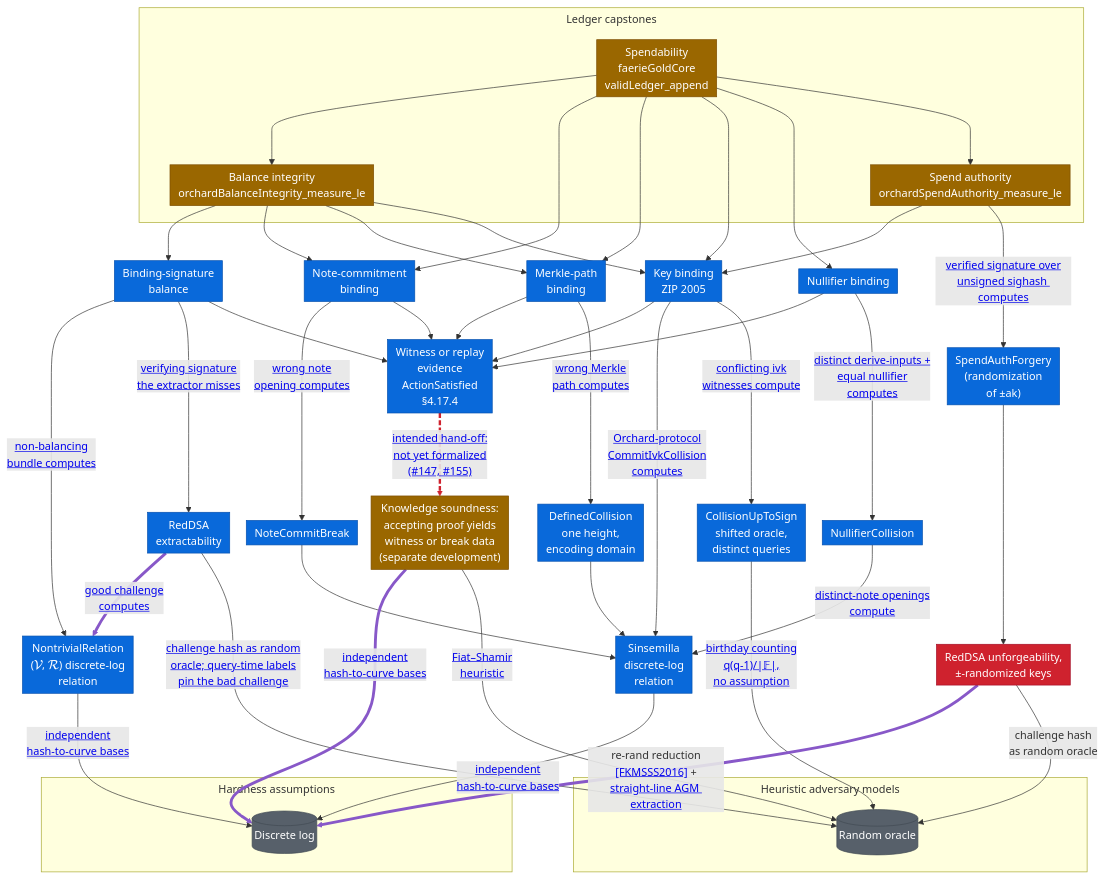
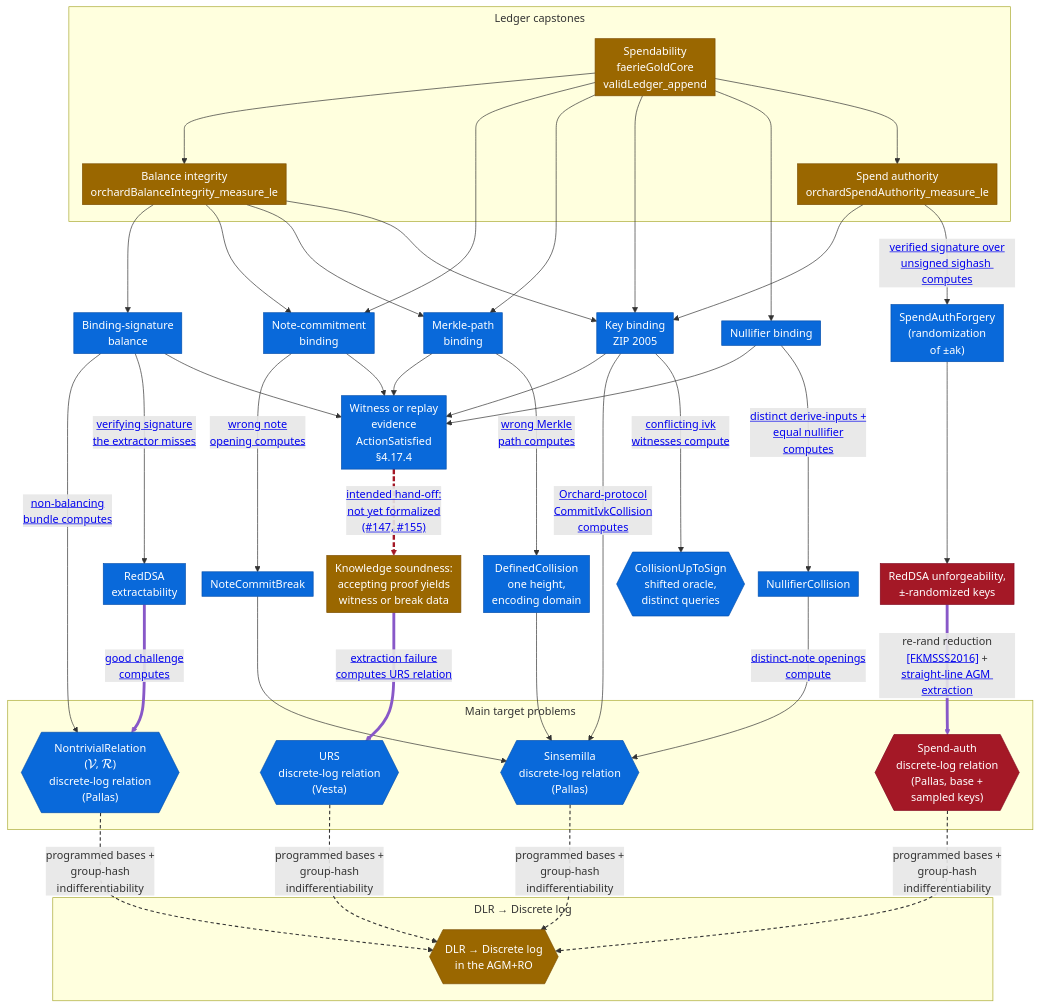
One commit to daira/ironwood changed the diagram in book/src/formal-verification/ledger-security-games.md. Above: the diagram before and after it, drawn with Mermaid. The commit also changed other lines of this file and 1 other file, not shown here.

````diff
--- a/book/src/formal-verification/ledger-security-games.md
+++ b/book/src/formal-verification/ledger-security-games.md
@@ -17,5 +17,5 @@
 ```mermaid
-%%{init: {"flowchart": {"nodeSpacing": 20, "rankSpacing": 50, "padding": 6, "diagramPadding": 4, "subGraphTitleMargin": {"top": 4, "bottom": 18}}, "themeCSS": ".cluster-label { font-weight: 700; font-size: 1.1em; font-family: raleway, sans-serif; } marker { overflow: visible !important; } marker path { transform-box: fill-box !important; transform-origin: center !important; transform: scale(1.25) !important; }"}}%%
+%%{init: {"flowchart": {"nodeSpacing": 20, "rankSpacing": 50, "padding": 6, "diagramPadding": 4, "subGraphTitleMargin": {"top": 4, "bottom": 18}}, "themeCSS": ".cluster-label { font-weight: 700; font-size: 1.12em; font-family: raleway, sans-serif; } marker { overflow: visible !important; } marker path { transform-box: fill-box !important; transform-origin: center !important; transform: scale(1.25) !important; }"}}%%
 flowchart TD
   subgraph GAMES["Ledger capstones"]
     BAL["Balance integrity<br/>orchardBalanceIntegrity_measure_le"]
@@ -35,43 +35,44 @@
   SPEND ---> SPENDAUTH
   SPENDAUTH --> KB
 
-  subgraph ASSUMPTIONS["Hardness assumptions"]
-    DL[("Discrete log")]
+  subgraph TARGETS["Main target problems"]
+    NDLR{{"<span style='display:block; height:0.5em'></span>NontrivialRelation<br/>  (<span class='katex'><span class='mord mathcal'>V</span></span>, <span class='katex'><span class='mord mathcal'>R</span></span>)<br/>  discrete-log relation  <br/>(Pallas)<span style='display:block; height:0.5em'></span>"}}
+    SDLR{{"<span style='display:block; height:0.5em'></span>Sinsemilla<br/>discrete-log relation<br/>(Pallas)<span style='display:block; height:0.5em'></span>"}}
+    VDLR{{"<span style='display:block; height:0.5em'></span>URS<br/>discrete-log relation<br/>(Vesta)<span style='display:block; height:0.5em'></span>"}}
+    SADLR{{"<span style='display:block; height:0.3em'></span>Spend-auth<br/>discrete-log relation<br/>(Pallas, base +<br/>sampled keys)<span style='display:block; height:0.3em'></span>"}}
   end
 
-  subgraph MODELS["Heuristic adversary models"]
-    ROM[("Random oracle")]
+  subgraph LAYER2["DLR → Discrete log"]
+    DL{{"<span style='display:block; height:0.8em'></span>DLR → Discrete log<br/>in the AGM+RO<span style='display:block; height:0.8em'></span>"}}
   end
 
-  BS --->|"<a target='_blank' href='https://github.com/zcash/ironwood/blob/main/Zcash/Security/BindingSignature/Balance.lean'>non-balancing<br/>bundle computes</a>"| NDLR["NontrivialRelation<br/>(<span class='katex'><span class='mord mathcal'>V</span></span>,&nbsp;<span class='katex'><span class='mord mathcal'>R</span></span>) discrete-log<br/>relation"]
-  BS --->|"<a target='_blank' href='https://github.com/zcash/ironwood/blob/main/Zcash/Security/Ledger/ExtractionArm.lean'>verifying signature<br/>the extractor misses</a>"| KERR["RedDSA<br/>extractability"]
+  BS -->|"<a target='_blank' href='https://github.com/zcash/ironwood/blob/main/Zcash/Security/BindingSignature/Balance.lean'>non-balancing<br/>bundle computes</a>"| NDLR
+  BS -->|"<a target='_blank' href='https://github.com/zcash/ironwood/blob/main/Zcash/Security/Ledger/ExtractionArm.lean'>verifying signature<br/>the extractor misses</a>"| KERR["RedDSA<br/>extractability"]
   BS --> STMT["Witness or replay<br/>evidence<br/>ActionSatisfied<br/>§4.17.4"]
   NCB --->|"<a target='_blank' href='https://github.com/zcash/ironwood/blob/main/Zcash/Security/Ledger/Statement.lean'>wrong note<br/>opening computes</a>"| NCBK["NoteCommitBreak"]
   NCB --> STMT
   MERK --> STMT
   MERK --->|"<a target='_blank' href='https://github.com/zcash/ironwood/blob/main/Zcash/Security/Ledger/Merkle.lean'>wrong Merkle<br/>path computes</a>"| MC["DefinedCollision<br/>one height,<br/>encoding domain"]
   KB --> STMT
-  KB --->|"<a target='_blank' href='https://github.com/zcash/ironwood/blob/main/Zcash/Security/Ledger/KeyBindingDLR.lean'>Orchard-protocol<br/>CommitIvkCollision<br/>computes</a>"| SDLR
-  KB --->|"<a target='_blank' href='https://github.com/zcash/ironwood/blob/main/Zcash/Security/KeyBinding/Basic.lean'>conflicting ivk<br/>witnesses compute</a>"| CUS["CollisionUpToSign<br/>shifted oracle,<br/>distinct queries"]
+  KB -->|"<a target='_blank' href='https://github.com/zcash/ironwood/blob/main/Zcash/Security/Ledger/KeyBindingDLR.lean'>Orchard-protocol<br/>CommitIvkCollision<br/>computes</a>"| SDLR
+  KB --->|"<a target='_blank' href='https://github.com/zcash/ironwood/blob/main/Zcash/Security/KeyBinding/Basic.lean'>conflicting ivk<br/>witnesses compute</a>"| CUS{{"<span style='display:block; height:0.5em'></span>CollisionUpToSign<br/>shifted oracle,<br/>distinct queries<span style='display:block; height:0.5em'></span>"}}
   NFB --> STMT
-  NFB --->|"<a target='_blank' href='https://github.com/zcash/ironwood/blob/main/Zcash/Security/Ledger/Spendability.lean'>distinct derive-inputs +<br/>equal nullifier<br/>computes</a>"| NFC["NullifierCollision"]
-  SPENDAUTH --->|"<a target='_blank' href='https://github.com/zcash/ironwood/blob/main/Zcash/Security/Ledger/SpendAuthority.lean'>verified signature over<br/>unsigned sighash computes</a>"| SAF["SpendAuthForgery<br/>(randomization<br/>of ±ak)"]
+  NFB -->|"<a target='_blank' href='https://github.com/zcash/ironwood/blob/main/Zcash/Security/Ledger/Spendability.lean'>distinct derive-inputs +<br/>equal nullifier<br/>computes</a>"| NFC["NullifierCollision"]
+  SPENDAUTH -->|"<a target='_blank' href='https://github.com/zcash/ironwood/blob/main/Zcash/Security/Ledger/SpendAuthority.lean'>verified signature over<br/>unsigned sighash computes</a>"| SAF["SpendAuthForgery<br/>(randomization<br/>of ±ak)"]
 
-  STMT STMTtoKS@-. "<a target='_blank' href='https://github.com/zcash/ironwood/issues/147'>intended hand-off:<br/>not yet formalized<br/>(#147, #155)</a>" .-> KS["Knowledge soundness:<br/>accepting proof yields<br/>witness or break data<br/>(separate development)"]
-  NCBK --> SDLR["Sinsemilla<br/>discrete-log<br/>relation"]
+  STMT STMTtoKS@-. "<a target='_blank' href='https://github.com/zcash/ironwood/issues/147'>intended hand-off:<br/>not yet formalized<br/>(#147, #155)</a>" .-> KS["Knowledge soundness:<br/>accepting proof yields<br/>witness or break data"]
+  NCBK --> SDLR
 
   KERR KERRtoNDLR@==>|"<a target='_blank' href='https://github.com/zcash/ironwood/blob/main/Zcash/Security/RedDSA/Extraction.lean'>good challenge<br/>computes</a>"| NDLR
-  KERR --->|"<a target='_blank' href='https://github.com/zcash/ironwood/blob/main/Zcash/Security/RedDSA/KnowledgeError.lean'>challenge hash as random<br/>oracle; query-time labels<br/>pin the bad challenge</a>"| ROM
-  NDLR -->|"<a target='_blank' href='https://github.com/zcash/ironwood/blob/main/Zcash/Security/BindingSignature/DiscreteLog.lean'>independent<br/>hash-to-curve bases</a>"| DL
-  SDLR -->|"<a target='_blank' href='https://github.com/zcash/ironwood/blob/main/Zcash/Security/BindingSignature/DiscreteLog.lean'>independent<br/>hash-to-curve bases</a>"| DL
-  KS KStoDL@===>|"<a target='_blank' href='https://github.com/zcash/ironwood/blob/main/Zcash/Snark/Soundness/Action/AdaptiveStatementKnowledge.lean'>independent<br/>hash-to-curve bases</a>"| DL
-  KS -->|"<a target='_blank' href='https://github.com/zcash/ironwood/tree/main/Zcash/Snark/Soundness/FiatShamir'>Fiat–Shamir<br/>heuristic</a>"| ROM
+  NDLR L2N@-.->|"programmed bases +<br/>group-hash<br/>indifferentiability"| DL
+  SDLR L2S@-.->|"programmed bases +<br/>group-hash<br/>indifferentiability"| DL
+  VDLR L2V@-.->|"programmed bases +<br/>group-hash<br/>indifferentiability"| DL
+  SADLR L2K@-.->|"programmed bases +<br/>group-hash<br/>indifferentiability"| DL
+  KS KStoVDLR@==>|"<a target='_blank' href='https://github.com/zcash/ironwood/blob/main/Zcash/Snark/Soundness/Action/AdaptiveStatementKnowledge.lean'>extraction failure<br/>computes URS relation</a>"| VDLR
   MC --> SDLR
-  CUS --->|"<a target='_blank' href='https://github.com/zcash/ironwood/blob/main/Zcash/Security/Common/Birthday.lean'>birthday counting<br/>q(q-1)/|𝔽|,<br/>no assumption</a>"| ROM
   NFC -->|"<a target='_blank' href='https://github.com/zcash/ironwood/blob/main/Zcash/Security/Ledger/Nullifier.lean'>distinct-note openings<br/>compute</a>"| SDLR
   SAF ---> RDSA["RedDSA unforgeability,<br/>±-randomized keys"]
-  RDSA RDSAtoDL@==>|"re-rand reduction<br/><a target='_blank' href='https://eprint.iacr.org/2015/395'>[FKMSSS2016]</a> +<br/><a target='_blank' href='https://eprint.iacr.org/2019/877'>straight-line AGM extraction</a>"| DL
-  RDSA -->|"challenge hash<br/>as random oracle"| ROM
+  RDSA RDSAtoSADLR@==>|"re-rand reduction<br/><a target='_blank' href='https://eprint.iacr.org/2015/395'>[FKMSSS2016]</a> +<br/><a target='_blank' href='https://eprint.iacr.org/2019/877'>straight-line AGM extraction</a>"| SADLR
 
   click BAL "https://github.com/zcash/ironwood/blob/main/Zcash/Security/Ledger/Balance.lean" _blank
   click SPEND "https://github.com/zcash/ironwood/blob/main/Zcash/Security/Ledger/Spendability.lean" _blank
@@ -89,23 +90,23 @@
   click SAF "https://github.com/zcash/ironwood/blob/main/Zcash/Security/Ledger/SpendAuthority.lean" _blank
   click NDLR "https://github.com/zcash/ironwood/blob/main/Zcash/Common/DiscreteLogRelation.lean" _blank
   click SDLR "https://github.com/zcash/ironwood/blob/main/Zcash/Common/DiscreteLogRelation.lean" _blank
+  click VDLR "https://github.com/zcash/ironwood/blob/main/Zcash/Snark/Soundness/AGM/Adapter.lean" _blank
   click KS "https://github.com/zcash/ironwood/blob/main/Zcash/Snark/Soundness/Relation/KnowledgeSoundness.lean" _blank
-  click DL "https://github.com/zcash/ironwood/blob/main/Zcash/Common/DiscreteLogRelation.lean" _blank
-  click ROM "https://github.com/zcash/ironwood/blob/main/Zcash/Security/Common/RandomOracle.lean" _blank
+  click DL "https://github.com/zcash/ironwood/blob/main/Zcash/Common/RelationProbability.lean" _blank
   click KERR "https://github.com/zcash/ironwood/blob/main/Zcash/Security/Ledger/ExtractionKnowledgeError.lean" _blank
   click RDSA "https://github.com/zcash/ironwood/issues/121" _blank
 
   classDef proven fill:#1a7f37,stroke:#116329,color:#ffffff
   classDef checked fill:#0969da,stroke:#0550ae,color:#ffffff
   classDef partial fill:#9a6700,stroke:#7d4e00,color:#ffffff
-  classDef hyp fill:#cf222e,stroke:#a40e26,color:#ffffff
-  classDef assumed fill:#57606a,stroke:#424a53,color:#ffffff
-  class BAL,SPEND,SPENDAUTH,KS partial
-  class NCB,BS,KB,MERK,NFB,STMT,NDLR,CUS,NCBK,MC,NFC,SAF,SDLR,KERR checked
-  class RDSA hyp
-  class DL,ROM assumed
+  classDef hyp fill:#a41826,stroke:#82071e,color:#ffffff
+  class BAL,SPEND,SPENDAUTH,KS,DL partial
+  class NCB,BS,KB,MERK,NFB,STMT,NDLR,CUS,NCBK,MC,NFC,SAF,SDLR,VDLR,KERR checked
+  class RDSA,SADLR hyp
   classDef agmEdge stroke:#8858c8,stroke-width:4.2px
-  classDef gapEdge stroke:#cf222e,stroke-width:3.5px,stroke-dasharray: 7.5 3.2
-  class KERRtoNDLR,KStoDL,RDSAtoDL agmEdge
+  classDef gapEdge stroke:#a41826,stroke-width:3.5px,stroke-dasharray: 7.5 3.2
+  classDef l2Edge stroke-width:1.6px,stroke-dasharray: 5 4
+  class KERRtoNDLR,KStoVDLR,RDSAtoSADLR agmEdge
   class STMTtoKS gapEdge
+  class L2N,L2S,L2V,L2K l2Edge
 ```
````
